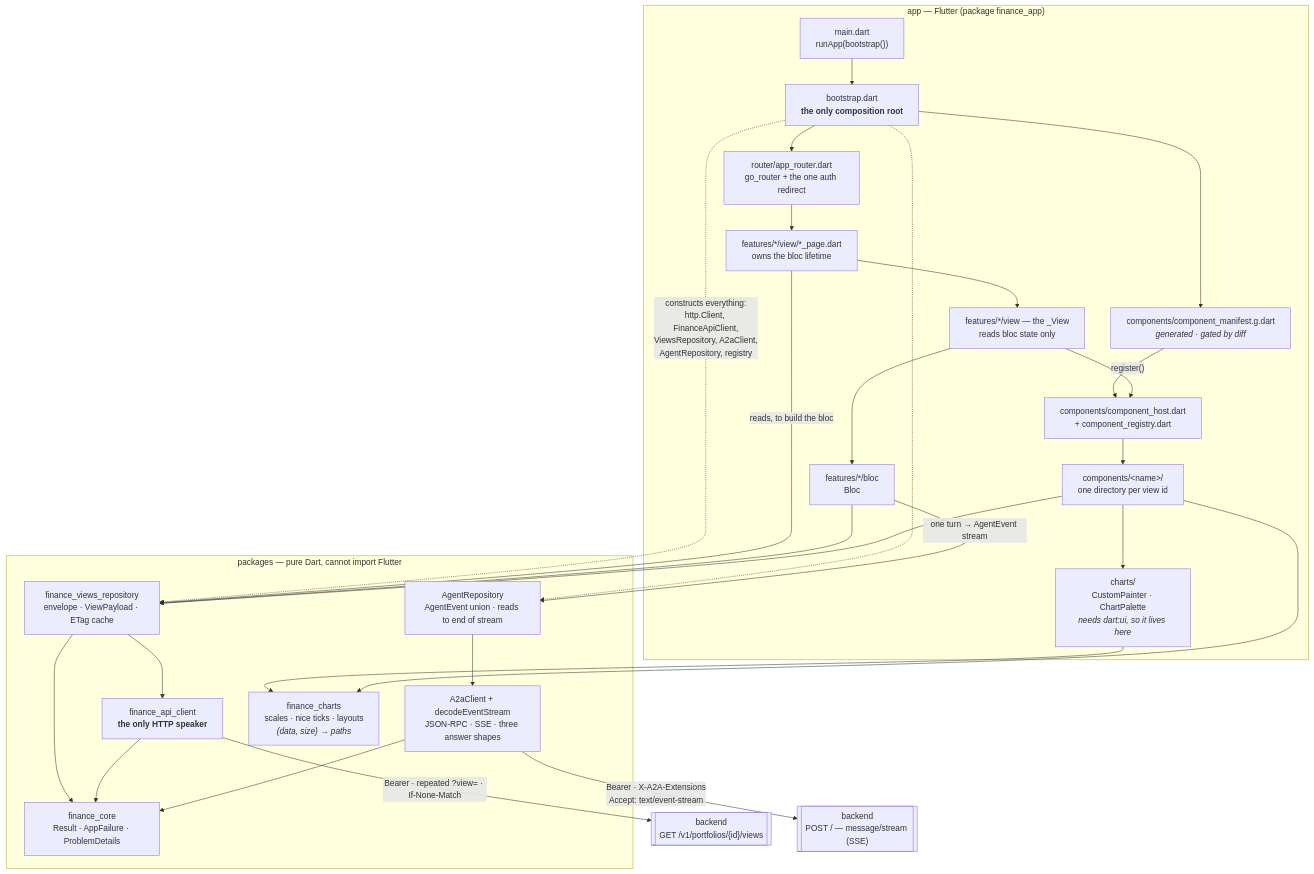
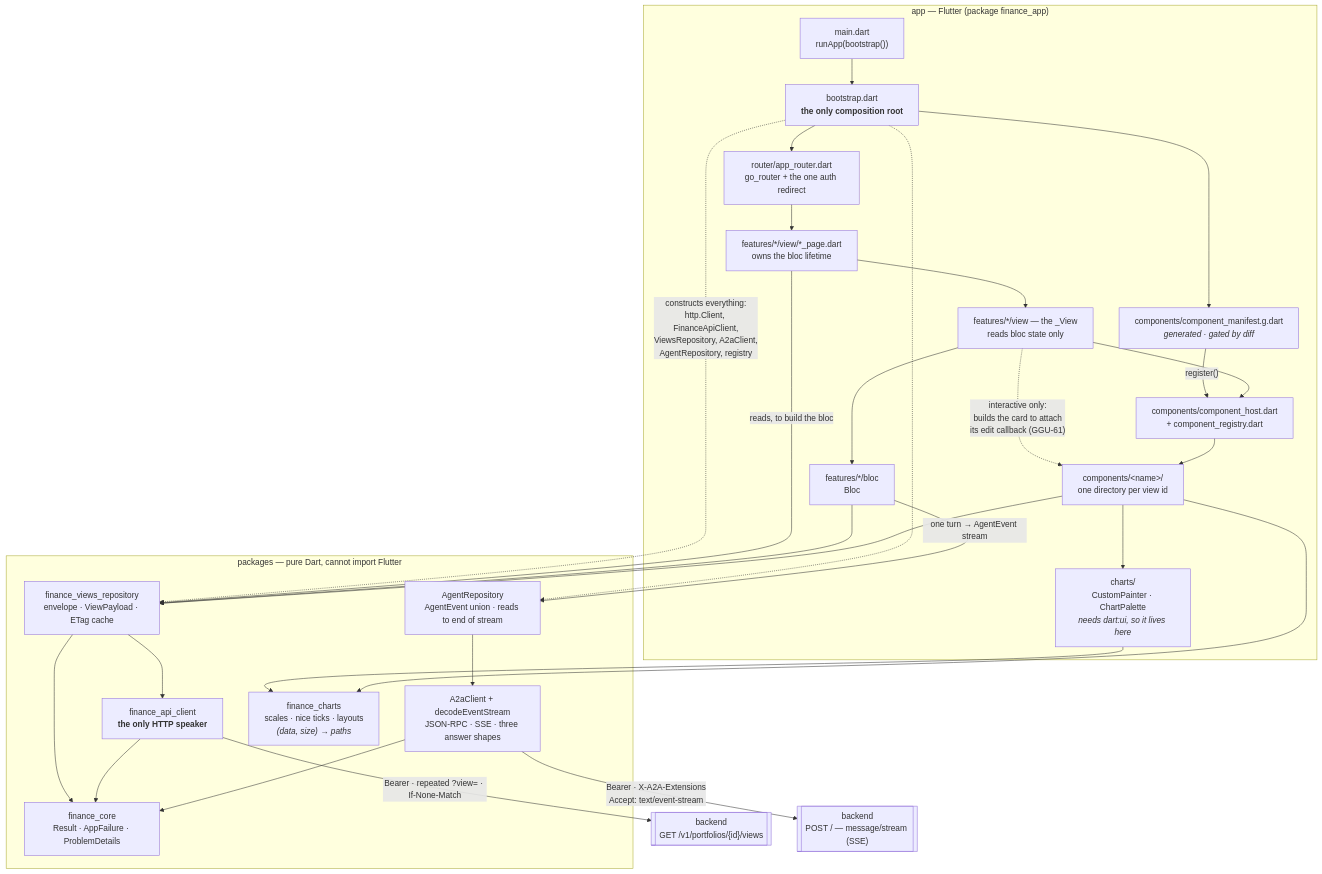
Before and after one commit to somnio-projects/finance-google-a2ui: the diagram in docs/diagrams/12-frontend-layers.md, drawn with Mermaid. The commit also changed other lines of this file and 40 other files, not shown here.

````diff
--- a/docs/diagrams/12-frontend-layers.md
+++ b/docs/diagrams/12-frontend-layers.md
@@ -10,65 +10,66 @@
 ```mermaid
 graph TD
   subgraph app["app — Flutter (package finance_app)"]
     main["main.dart<br/>runApp(bootstrap())"]
     boot["bootstrap.dart<br/><b>the only composition root</b>"]
     router["router/app_router.dart<br/>go_router + the one auth redirect"]
     page["features/*/view/*_page.dart<br/>owns the bloc lifetime"]
     view["features/*/view — the _View<br/>reads bloc state only"]
     bloc["features/*/bloc<br/>Bloc"]
     host["components/component_host.dart<br/>+ component_registry.dart"]
     comp["components/&lt;name&gt;/<br/>one directory per view id"]
     manifest["components/component_manifest.g.dart<br/><i>generated · gated by diff</i>"]
     charts["charts/<br/>CustomPainter · ChartPalette<br/><i>needs dart:ui, so it lives here</i>"]
   end
 
   subgraph pure["packages — pure Dart, cannot import Flutter"]
     repo["finance_views_repository<br/>envelope · ViewPayload · ETag cache"]
     agentrepo["AgentRepository<br/>AgentEvent union · reads to end of stream"]
     api["finance_api_client<br/><b>the only HTTP speaker</b>"]
     a2a["A2aClient + decodeEventStream<br/>JSON-RPC · SSE · three answer shapes"]
     core["finance_core<br/>Result · AppFailure · ProblemDetails"]
     geom["finance_charts<br/>scales · nice ticks · layouts<br/><i>(data, size) → paths</i>"]
   end
 
   backend[["backend<br/>GET /v1/portfolios/{id}/views"]]
   agent[["backend<br/>POST / — message/stream (SSE)"]]
 
   main --> boot
   boot --> router
   boot -.->|"constructs everything:<br/>http.Client, FinanceApiClient,<br/>ViewsRepository, A2aClient,<br/>AgentRepository, registry"| repo
   boot -.-> agentrepo
   boot --> manifest
   manifest -->|"register()"| host
   router --> page
   page --> view
   page -->|"reads, to build the bloc"| repo
   view --> bloc
   view --> host
+  view -.->|"interactive only:<br/>builds the card to attach<br/>its edit callback (GGU-61)"| comp
   host --> comp
   bloc --> repo
   bloc -->|"one turn → AgentEvent stream"| agentrepo
   agentrepo --> a2a
   a2a -->|"Bearer · X-A2A-Extensions<br/>Accept: text/event-stream"| agent
   repo --> api
   api -->|"Bearer · repeated ?view= · If-None-Match"| backend
   repo --> core
   api --> core
   a2a --> core
   comp --> repo
   comp --> charts
   charts --> geom
   comp --> geom
 
   %% Everything below this line is checked by layering_test.dart, not by review.
   %% FORBIDDEN, each with its own test:
   %%   bloc  -> api      (a bloc may not know HTTP exists)
   %%   view  -> repo     (only a *_page.dart may; the _View may not)
   %%   comp  -> features (a component that needs a bloc is a feature)
   %%   pure/ -> flutter  (also a compile error — that is the point of the workspace)
   %%   anything but boot constructing http.Client / FinanceApiClient /
   %%     ViewsRepository / A2aClient / AgentRepository
   %%   NumberFormat · intl · dart:math · toStringAsFixed · double.parse · DateTime.now()
   %%     — one exemption, by path: finance_views_repository/lib/src/raw_decimal.dart
   %%   finance_charts -> dart:ui  (which is why the painter is in app/, not here)
 ```
````
